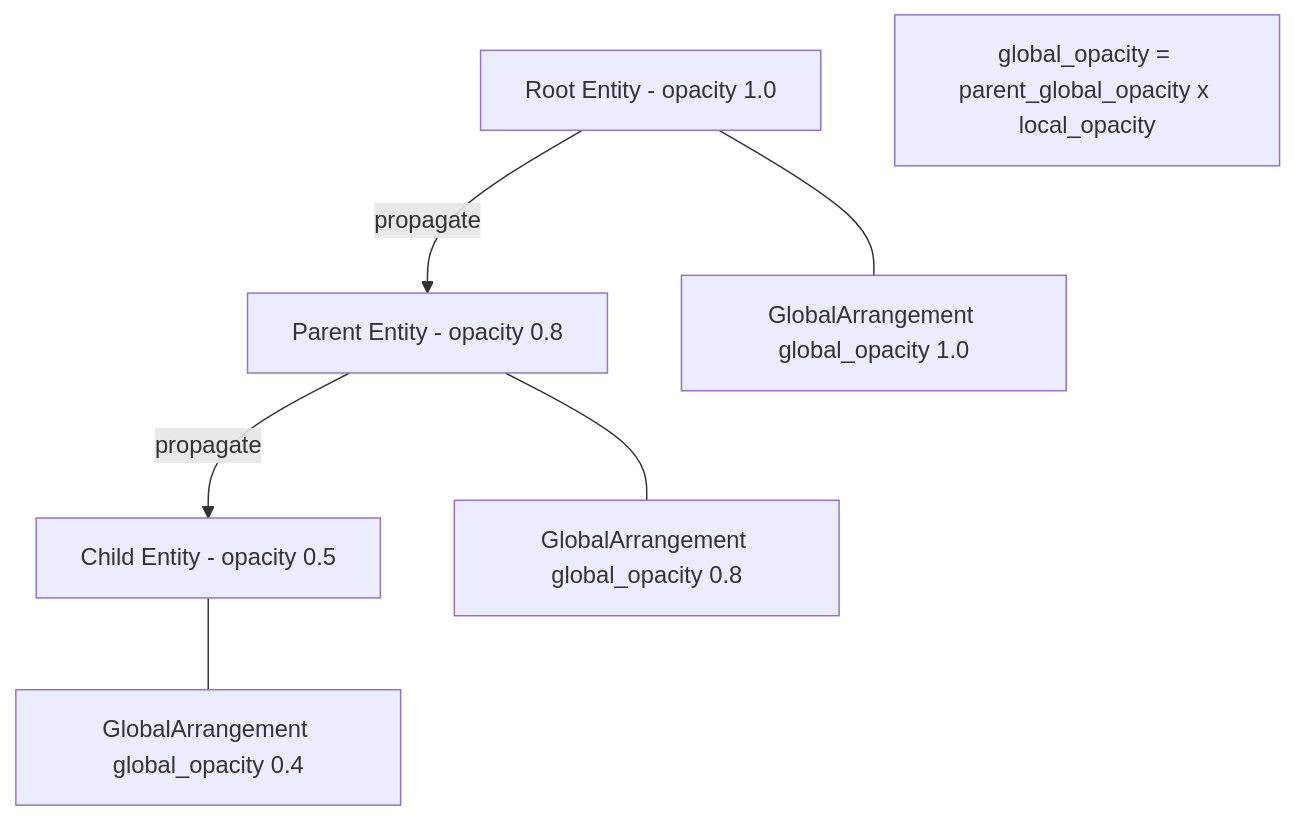
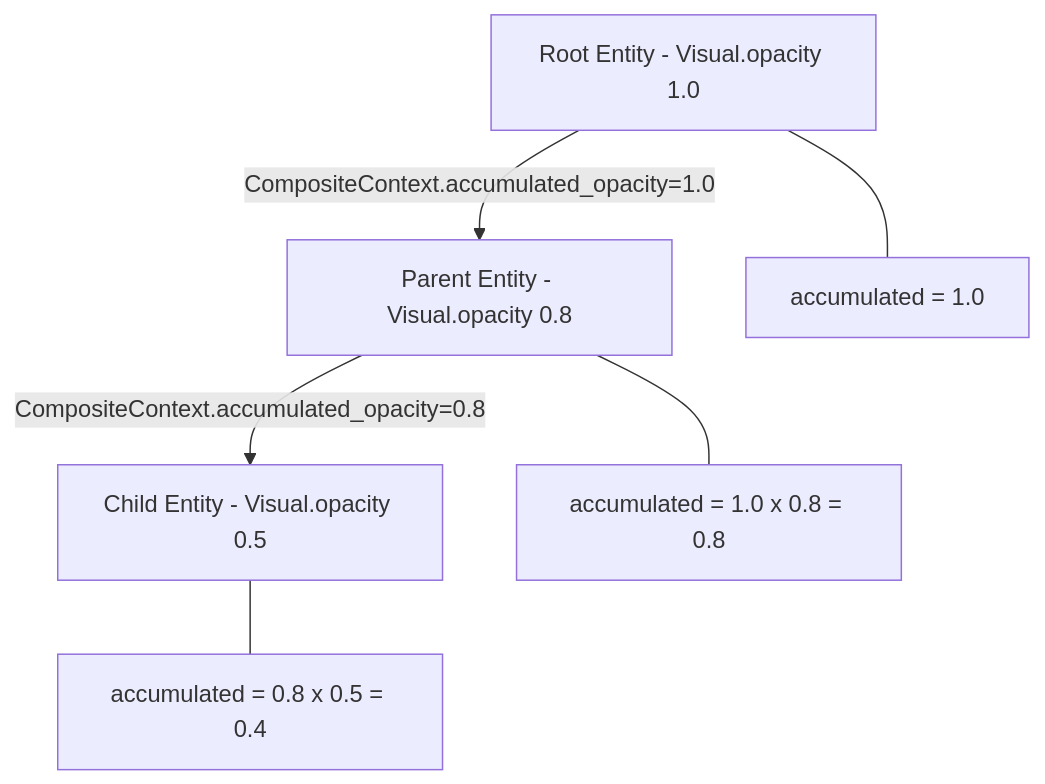
The fourth of 6 diagrams in .kiro/specs/wintf-dcomp-to-layered-migration/design.md (ekicyou/areka), drawn with Mermaid before and after one commit. The commit also changed other lines of this file and 12 other files, not shown here.

````diff
--- a/.kiro/specs/wintf-dcomp-to-layered-migration/design.md
+++ b/.kiro/specs/wintf-dcomp-to-layered-migration/design.md
@@ -209,15 +210,13 @@
 ```mermaid
 graph TB
-    Root[Root Entity - opacity 1.0]
-    Parent[Parent Entity - opacity 0.8]
-    Child[Child Entity - opacity 0.5]
+    Root[Root Entity - Visual.opacity 1.0]
+    Parent[Parent Entity - Visual.opacity 0.8]
+    Child[Child Entity - Visual.opacity 0.5]
 
-    Root -->|propagate| Parent
-    Parent -->|propagate| Child
+    Root -->|CompositeContext.accumulated_opacity=1.0| Parent
+    Parent -->|CompositeContext.accumulated_opacity=0.8| Child
 
-    Root --- RGA[GlobalArrangement global_opacity 1.0]
-    Parent --- PGA[GlobalArrangement global_opacity 0.8]
-    Child --- CGA[GlobalArrangement global_opacity 0.4]
-
-    Note1[global_opacity = parent_global_opacity x local_opacity]
+    Root --- R_ACC[accumulated = 1.0]
+    Parent --- P_ACC[accumulated = 1.0 x 0.8 = 0.8]
+    Child --- C_ACC[accumulated = 0.8 x 0.5 = 0.4]
 ```
````
